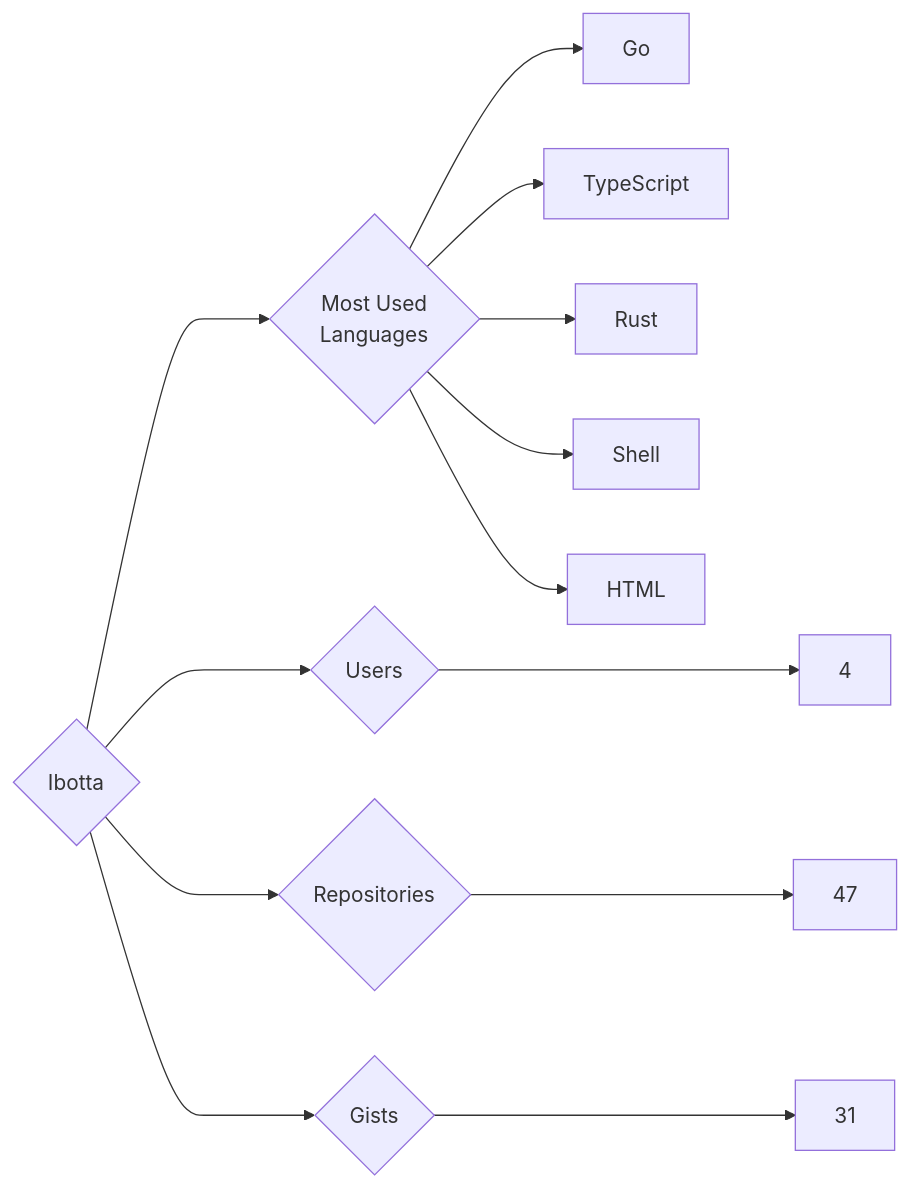
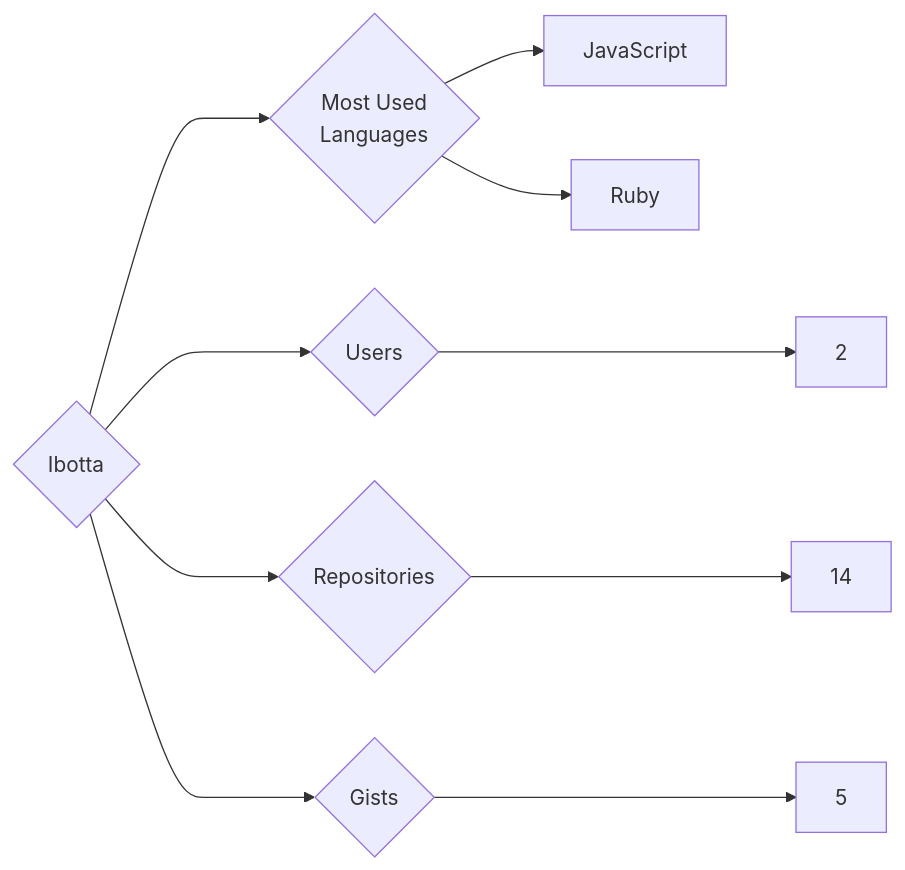
Before and after one commit to trickest/insiders: the diagram in targets/Ibotta/README.md, drawn with Mermaid. The commit also changed 1023 other files, not shown here.

````diff
--- a/targets/Ibotta/README.md
+++ b/targets/Ibotta/README.md
@@ -3,13 +3,10 @@
 ```mermaid
 graph LR
 COMPANY_NAME{Ibotta}
-COMPANY_NAME ---> U{Users} ---> UN[4]
-COMPANY_NAME ---> R{Repositories} ---> RN[47]
-COMPANY_NAME ---> G{Gists} ---> GN[31]
+COMPANY_NAME ---> U{Users} ---> UN[2]
+COMPANY_NAME ---> R{Repositories} ---> RN[14]
+COMPANY_NAME ---> G{Gists} ---> GN[5]
 COMPANY_NAME ---> ML{Most Used<br>Languages}
-ML --> Go[Go]
-ML --> TypeScript[TypeScript]
-ML --> Rust[Rust]
-ML --> Shell[Shell]
-ML --> HTML[HTML]
+ML --> JavaScript[JavaScript]
+ML --> Ruby[Ruby]
 ```
````
